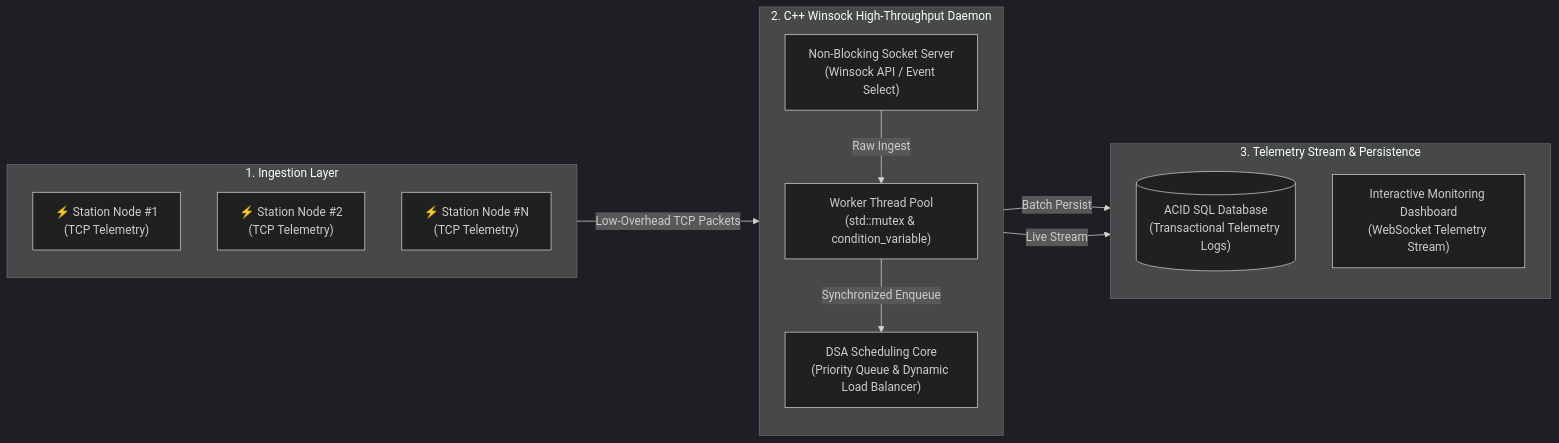
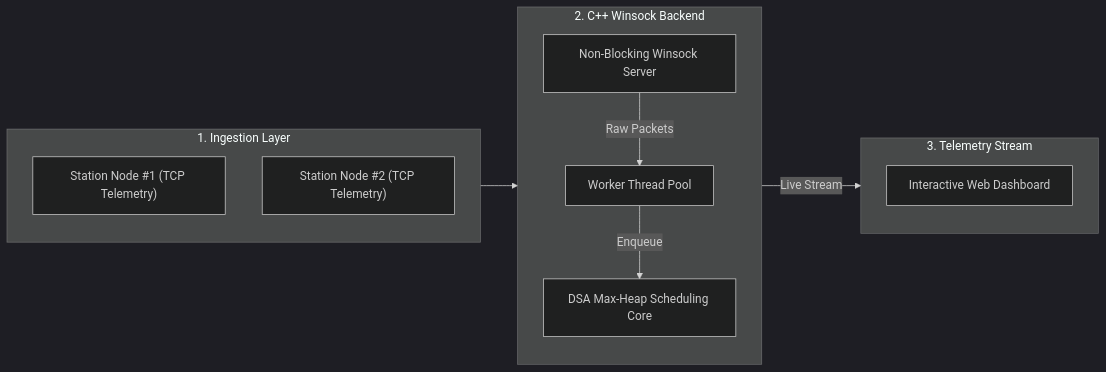
The diagram in README.md (sanjaysivakumar07/sanjaysivakumar07), drawn with Mermaid (dark theme) before and after one commit. The commit also changed other lines of this file, not shown here.

````diff
--- a/README.md
+++ b/README.md
@@ -71,30 +70,26 @@
 ```mermaid
 flowchart LR
     subgraph StationNetwork ["1. Ingestion Layer"]
         direction TB
-        EV1["⚡ Station Node #1\n(TCP Telemetry)"]
-        EV2["⚡ Station Node #2\n(TCP Telemetry)"]
-        EV3["⚡ Station Node #N\n(TCP Telemetry)"]
+        EV1["Station Node #1 (TCP Telemetry)"]
+        EV2["Station Node #2 (TCP Telemetry)"]
     end
 
-    subgraph CoreEngine ["2. C++ Winsock High-Throughput Daemon"]
+    subgraph CoreEngine ["2. C++ Winsock Backend"]
         direction TB
-        Listener["Non-Blocking Socket Server\n(Winsock API / Event Select)"]
-        Pool["Worker Thread Pool\n(std::mutex & condition_variable)"]
-        PriorityEngine["DSA Scheduling Core\n(Priority Queue & Dynamic Load Balancer)"]
+        Listener["Non-Blocking Winsock Server"]
+        Pool["Worker Thread Pool"]
+        PriorityEngine["DSA Max-Heap Scheduling Core"]
         
-        Listener -->|Raw Ingest| Pool
-        Pool -->|Synchronized Enqueue| PriorityEngine
+        Listener -->|Raw Packets| Pool
+        Pool -->|Enqueue| PriorityEngine
     end
 
-    subgraph OutputLayer ["3. Telemetry Stream & Persistence"]
+    subgraph OutputLayer ["3. Telemetry Stream"]
         direction TB
-        Storage[("ACID SQL Database\n(Transactional Telemetry Logs)")]
-        LiveHUD["Interactive Monitoring Dashboard\n(WebSocket Telemetry Stream)"]
-        
-        PriorityEngine -->|Batch Persist| Storage
+        LiveHUD["Interactive Web Dashboard"]
         PriorityEngine -->|Live Stream| LiveHUD
     end
 
-    StationNetwork -->|Low-Overhead TCP Packets| Listener
+    StationNetwork --> Listener
 ```
````
